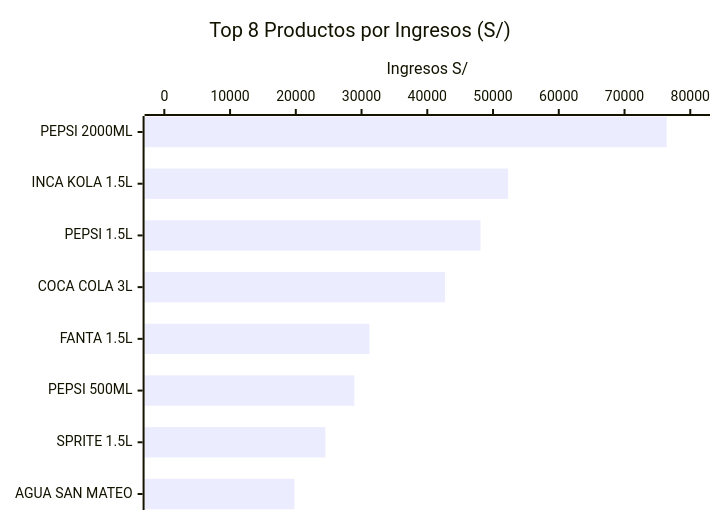
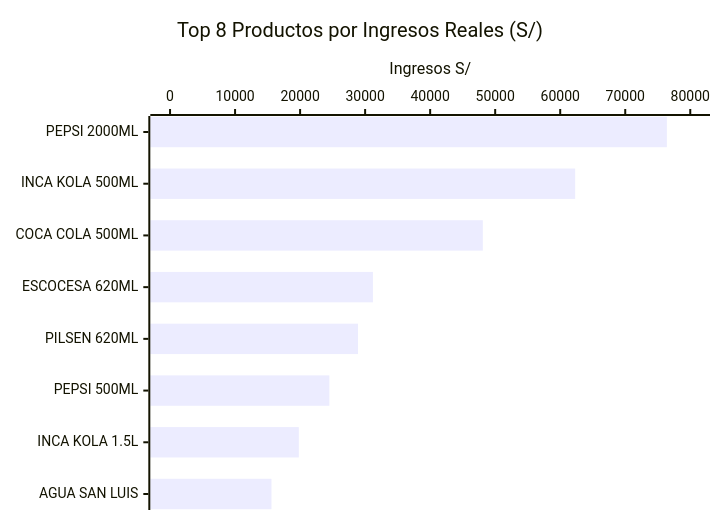
Before and after one commit to AlessandroPastor/BigData: the first of 4 diagrams in docs/resultados/metricas.md, drawn with Mermaid. The commit also changed other lines of this file and 28 other files, not shown here.

````diff
--- a/docs/resultados/metricas.md
+++ b/docs/resultados/metricas.md
@@ -22,7 +5,7 @@
 ```mermaid
 xychart-beta horizontal
-    title "Top 8 Productos por Ingresos (S/)"
-    x-axis ["PEPSI 2000ML","INCA KOLA 1.5L","PEPSI 1.5L","COCA COLA 3L","FANTA 1.5L","PEPSI 500ML","SPRITE 1.5L","AGUA SAN MATEO"]
+    title "Top 8 Productos por Ingresos Reales (S/)"
+    x-axis ["PEPSI 2000ML","INCA KOLA 500ML","COCA COLA 500ML","ESCOCESA 620ML","PILSEN 620ML","PEPSI 500ML","INCA KOLA 1.5L","AGUA SAN LUIS"]
     y-axis "Ingresos S/" 0 --> 80000
-    bar [76400, 52300, 48100, 42700, 31200, 28900, 24500, 19800]
+    bar [76400, 62300, 48100, 31200, 28900, 24500, 19800, 15600]
 ```
````
